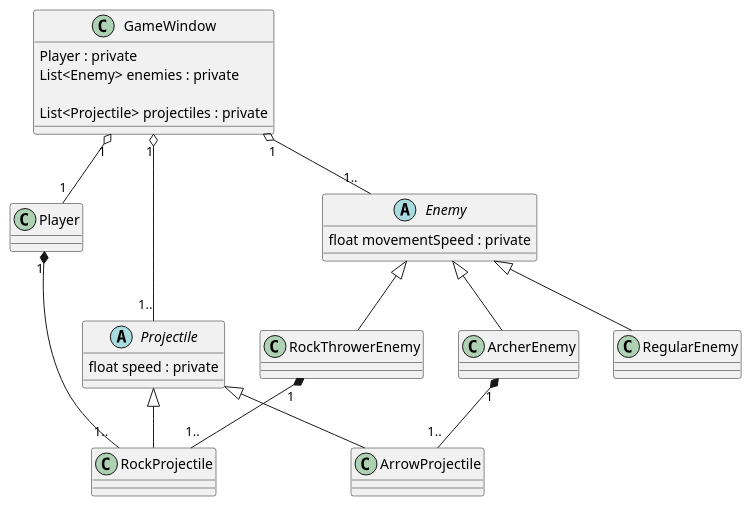
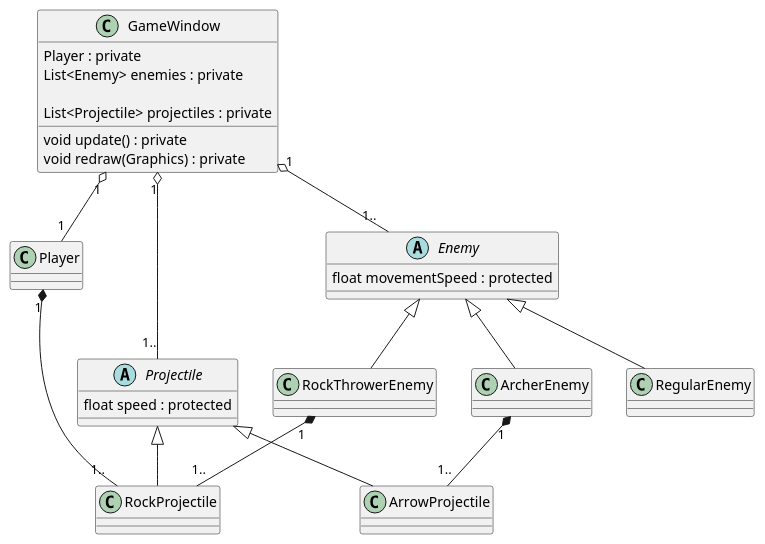
Before and after one commit to LoghinVladDev/gameEx: the diagram in exempluGrafica/src/main/resources/classDiagrams/classes.puml, drawn with PlantUML. The commit also changed 30 other files, not shown here.

```diff
--- a/exempluGrafica/src/main/resources/classDiagrams/classes.puml
+++ b/exempluGrafica/src/main/resources/classDiagrams/classes.puml
@@ -1,58 +1,61 @@
 @startuml
 
 class GameWindow{
     Player : private
     List<Enemy> enemies : private
 
     List<Projectile> projectiles : private
+
+    void update() : private
+    void redraw(Graphics) : private
 }
 
 class Player{
 
 }
 
 class RockProjectile{
 
 }
 
 class ArrowProjectile{
 
 }
 
 abstract class Projectile{
-    float speed : private
+    float speed : protected
 }
 
 abstract class Enemy{
-    float movementSpeed : private
+    float movementSpeed : protected
 }
 
 class RegularEnemy{
 
 }
 
 class ArcherEnemy{
 
 }
 
 class RockThrowerEnemy{
 
 }
 
 Projectile ^-- ArrowProjectile
 Projectile ^-- RockProjectile
 
 Enemy ^-- RegularEnemy
 Enemy ^-- ArcherEnemy
 Enemy ^-- RockThrowerEnemy
 
 GameWindow "1" o-- "1" Player
 GameWindow "1" o-- "1.." Enemy
 
 Player "1" *-- "1.." RockProjectile
 ArcherEnemy "1" *-- "1.." ArrowProjectile
 RockThrowerEnemy "1" *-- "1.." RockProjectile
 
 GameWindow "1" o-- "1.." Projectile
 
 @enduml
```
